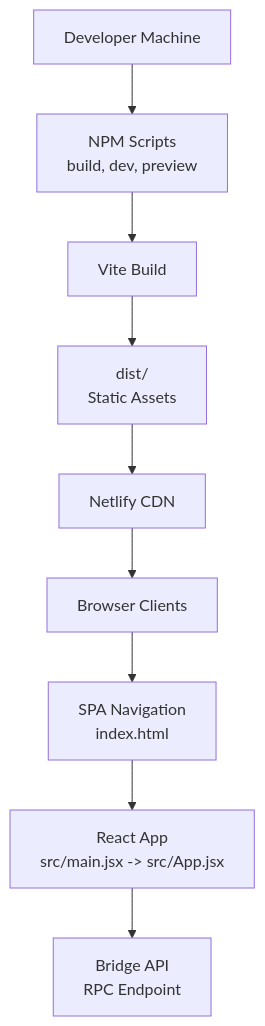
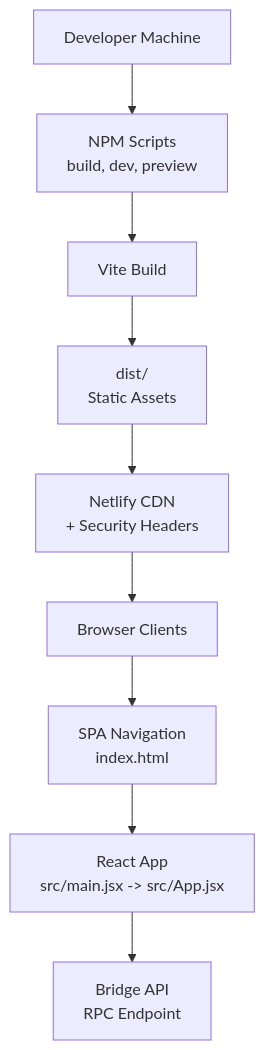
Before and after one commit to KaranMakani/deposit-fixer: the first of 3 diagrams in .qoder/repowiki/en/content/Deployment and Hosting.md, drawn with Mermaid. The commit also changed other lines of this file and 10 other files, not shown here.

````diff
--- a/.qoder/repowiki/en/content/Deployment and Hosting.md
+++ b/.qoder/repowiki/en/content/Deployment and Hosting.md
@@ -38,11 +47,11 @@
 ```mermaid
 graph TB
 Dev["Developer Machine"] --> NPM["NPM Scripts<br/>build, dev, preview"]
 NPM --> Vite["Vite Build"]
 Vite --> Dist["dist/<br/>Static Assets"]
-Dist --> CDN["Netlify CDN"]
+Dist --> CDN["Netlify CDN<br/>+ Security Headers"]
 CDN --> Users["Browser Clients"]
 Users --> SPA["SPA Navigation<br/>index.html"]
 SPA --> App["React App<br/>src/main.jsx -> src/App.jsx"]
 App --> API["Bridge API<br/>RPC Endpoint"]
 ```
````
